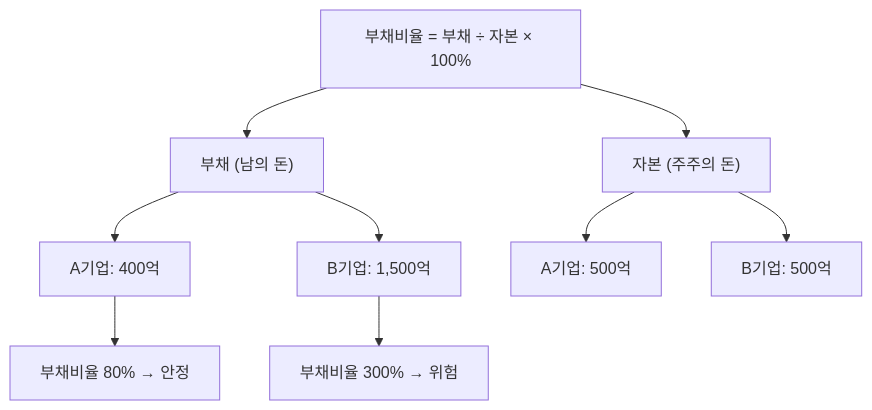
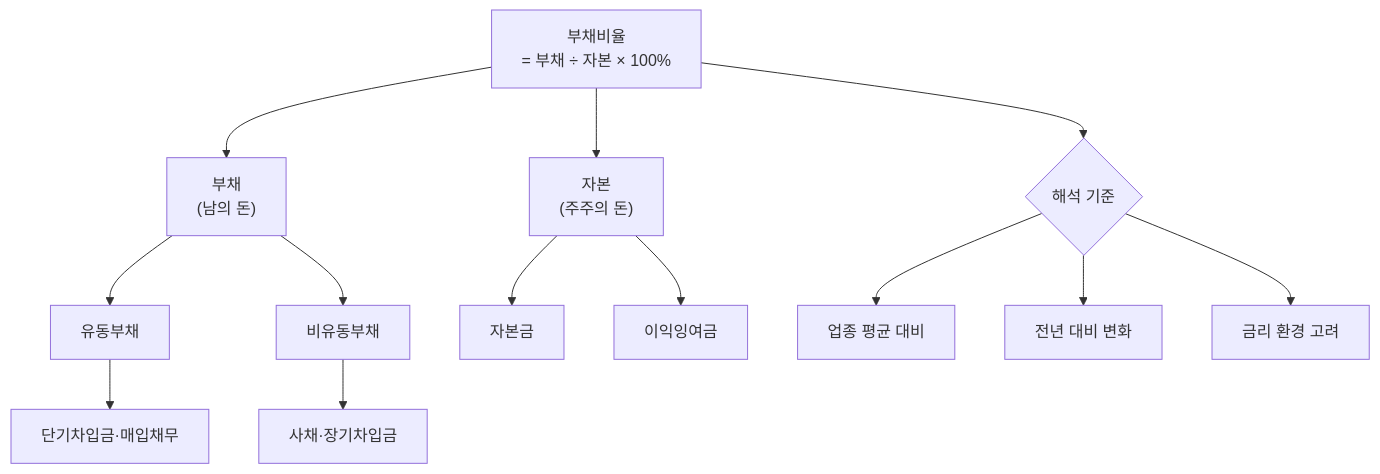
The diagram in content/stock-terms/ko/level-04-ratios/debt-ratio.md (yeongseon/stock-visual-note), drawn with Mermaid before and after one commit. The commit also changed other lines of this file, not shown here.

Commit message:
content: rewrite debt-ratio.md — richer Mermaid (12 nodes), DuPont connection, interest rate sensitivity analysis, 4 misconceptions

````diff
--- a/content/stock-terms/ko/level-04-ratios/debt-ratio.md
+++ b/content/stock-terms/ko/level-04-ratios/debt-ratio.md
@@ -39,12 +51,20 @@
 ```mermaid
 graph TD
-    A["부채비율 = 부채 ÷ 자본 × 100%"]
-    A --> B["부채 (남의 돈)"]
-    A --> C["자본 (주주의 돈)"]
-    B --> D["A기업: 400억"]
-    C --> E["A기업: 500억"]
-    D --> F["부채비율 80% → 안정"]
-    B --> G["B기업: 1,500억"]
-    C --> H["B기업: 500억"]
-    G --> I["부채비율 300% → 위험"]
+    A["부채비율<br>= 부채 ÷ 자본 × 100%"]
+
+    A --> B["부채<br>(남의 돈)"]
+    A --> C["자본<br>(주주의 돈)"]
+
+    B --> D["유동부채"]
+    B --> E["비유동부채"]
+    D --> F["단기차입금·매입채무"]
+    E --> G["사채·장기차입금"]
+
+    C --> H["자본금"]
+    C --> I["이익잉여금"]
+
+    A --> J{"해석 기준"}
+    J --> K["업종 평균 대비"]
+    J --> L["전년 대비 변화"]
+    J --> M["금리 환경 고려"]
 ```
````
